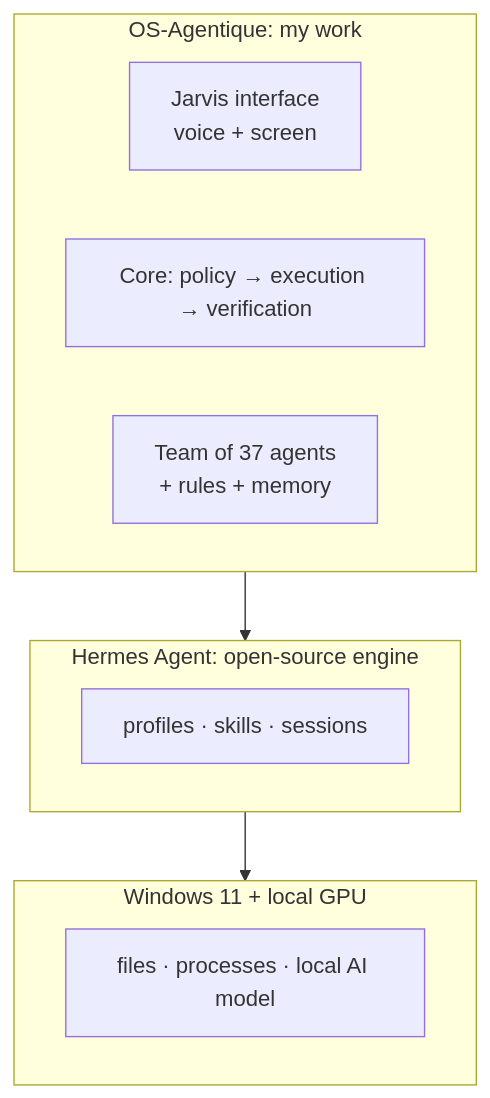
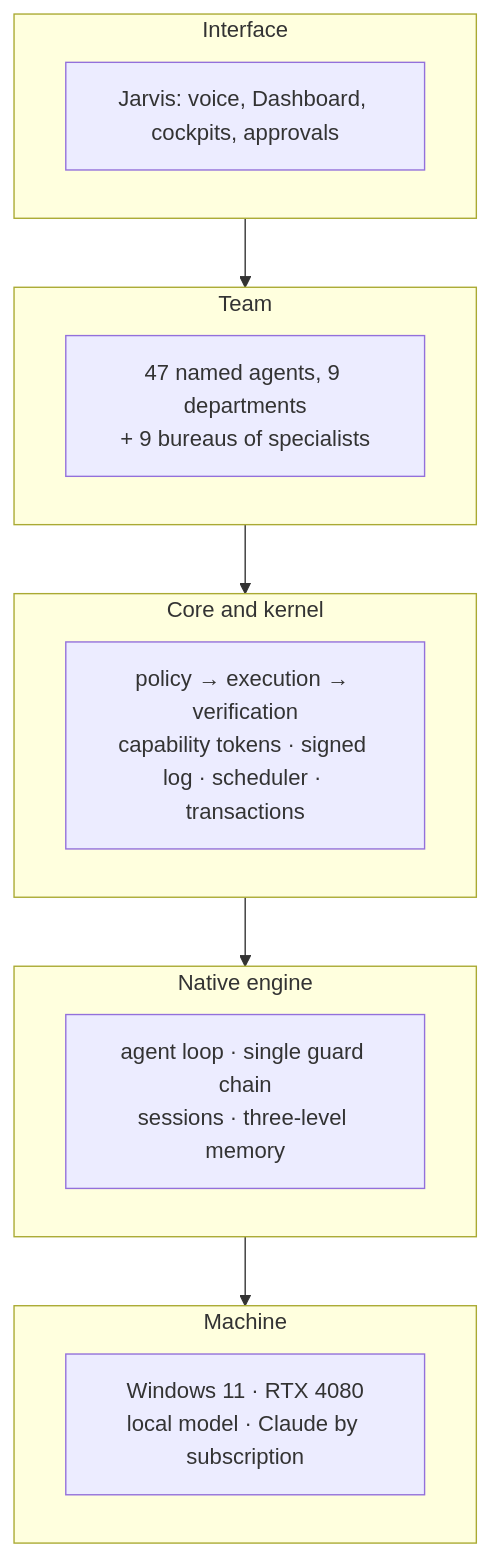
The second of 3 diagrams in docs/en/design.md (Dow08/OS-Agentique_showcase), drawn with Mermaid before and after one commit. The commit also changed other lines of this file and 50 other files, not shown here.

````diff
--- a/docs/en/design.md
+++ b/docs/en/design.md
@@ -35,16 +37,19 @@
 ```mermaid
 flowchart TB
-    subgraph L3["OS-Agentique: my work"]
-        direction LR
-        U["Jarvis interface<br/>voice + screen"]
-        CORE["Core: policy → execution → verification"]
-        TEAM["Team of 37 agents<br/>+ rules + memory"]
+    subgraph L5["Interface"]
+        U["Jarvis: voice, Dashboard, cockpits, approvals"]
     end
-    subgraph L2["Hermes Agent: open-source engine"]
-        E["profiles · skills · sessions"]
+    subgraph L4["Team"]
+        TEAM["47 named agents, 9 departments<br/>+ 9 bureaus of specialists"]
     end
-    subgraph L1["Windows 11 + local GPU"]
-        W["files · processes · local AI model"]
+    subgraph L3["Core and kernel"]
+        CORE["policy → execution → verification<br/>capability tokens · signed log · scheduler · transactions"]
     end
-    L3 --> L2 --> L1
+    subgraph L2["Native engine"]
+        N["agent loop · single guard chain<br/>sessions · three-level memory"]
+    end
+    subgraph L1["Machine"]
+        W["Windows 11 · RTX 4080<br/>local model · Claude by subscription"]
+    end
+    L5 --> L4 --> L3 --> L2 --> L1
 ```
````
